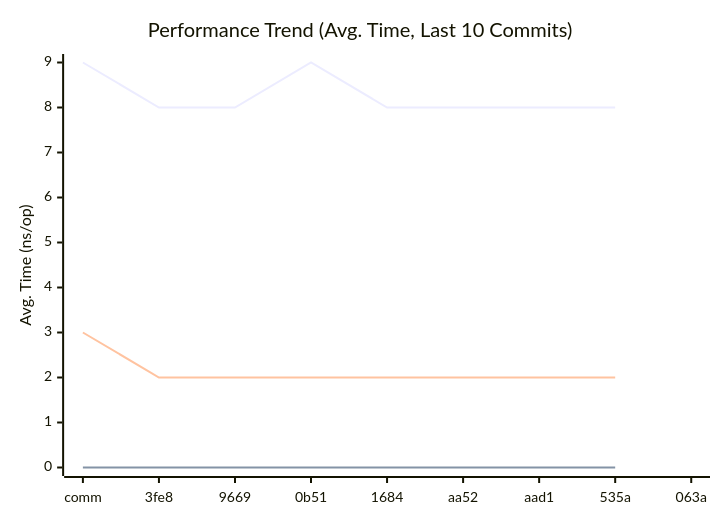
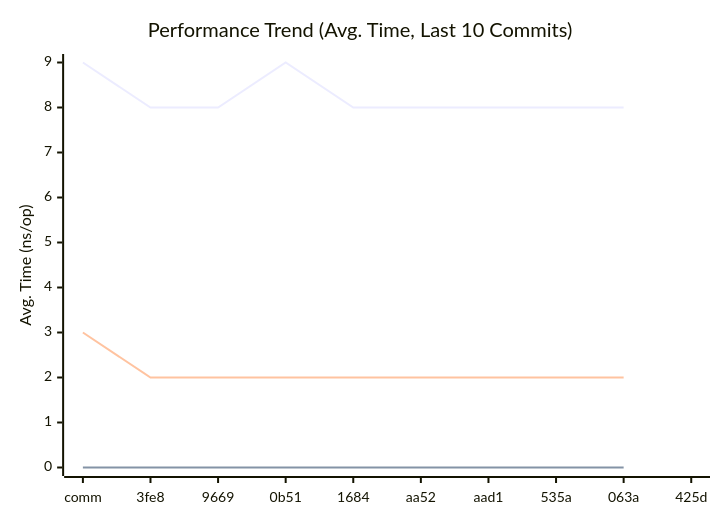
One commit to alsotoes/momo changed the first of 3 diagrams in doc/README.md. Above: the diagram before and after it, drawn with Mermaid. The commit also changed other lines of this file and 1 other file, not shown here.

````diff
--- a/doc/README.md
+++ b/doc/README.md
@@ -290,10 +290,10 @@
 ```mermaid
 xychart-beta
     title "Performance Trend (Avg. Time, Last 10 Commits)"
     x-axis "Commit"
     y-axis "Avg. Time (ns/op)"
-    x-axis [comm,3fe8,9669,0b51,1684,aa52,aad1,535a,063a]
-    line "CheckMetricsAndSwap" [9,8,8,9,8,8,8,8]
-    line "IndexDirectTracking" [0,0,0,0,0,0,0,0]
-    line "IndexSearch" [3,2,2,2,2,2,2,2]
+    x-axis [comm,3fe8,9669,0b51,1684,aa52,aad1,535a,063a,425d]
+    line "CheckMetricsAndSwap" [9,8,8,9,8,8,8,8,8]
+    line "IndexDirectTracking" [0,0,0,0,0,0,0,0,0]
+    line "IndexSearch" [3,2,2,2,2,2,2,2,2]
 ```
````
